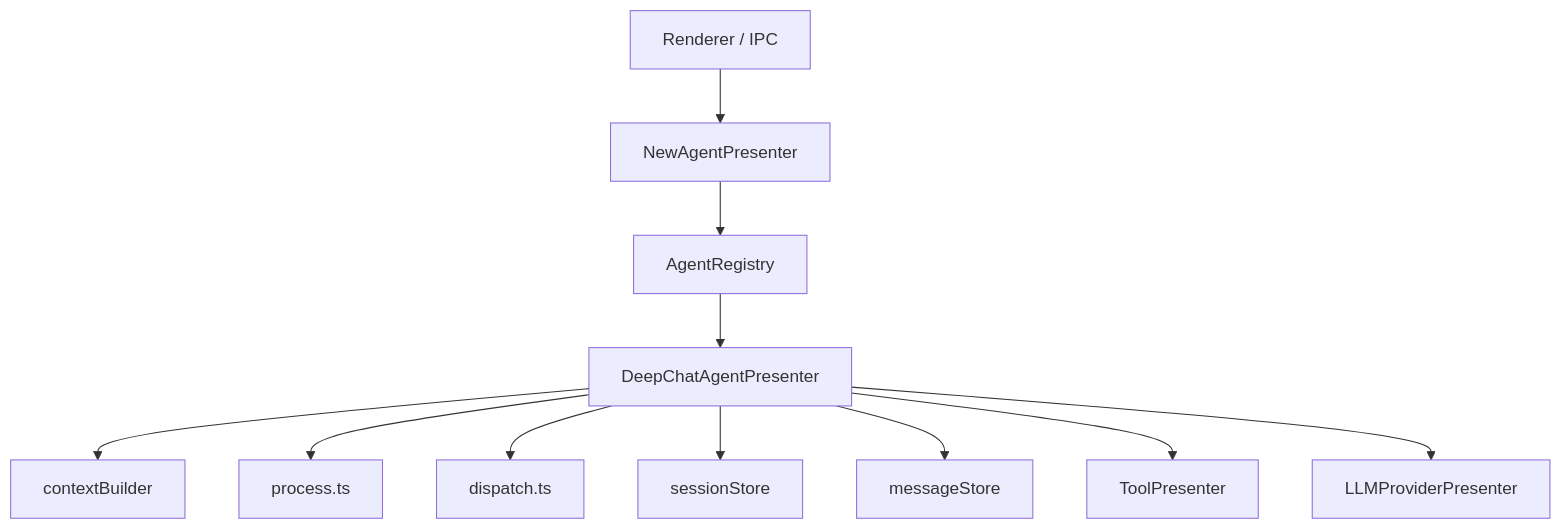
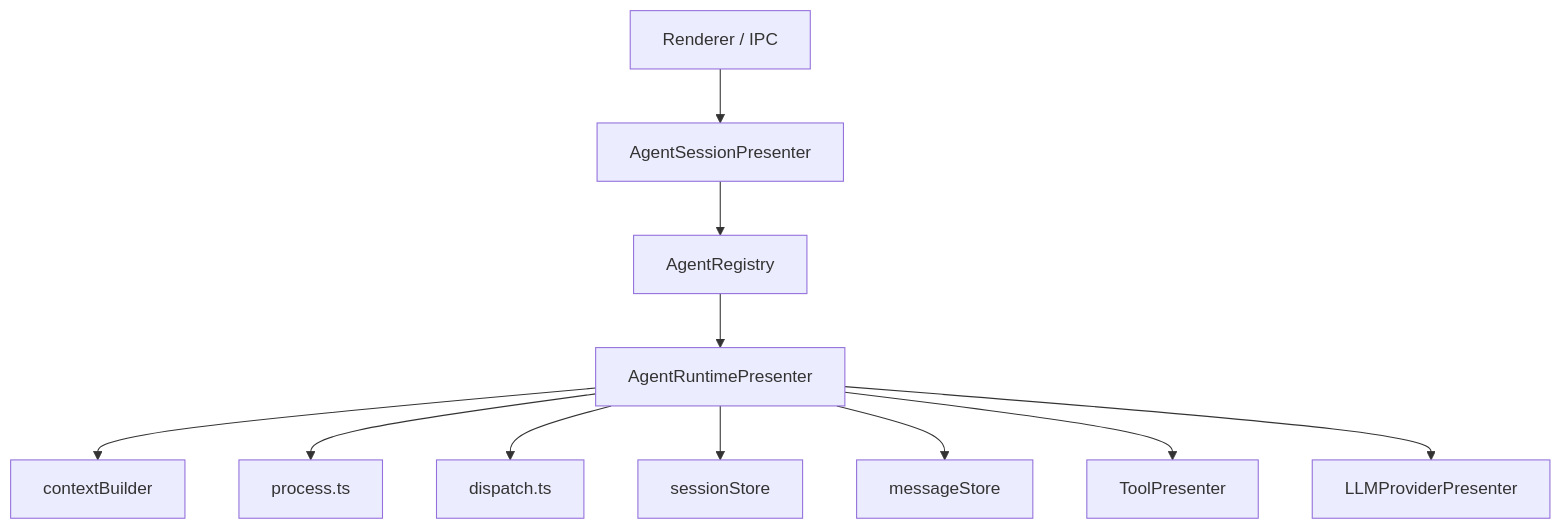
The diagram in docs/architecture/agent-system.md (ThinkInAIXYZ/deepchat), drawn with Mermaid before and after one commit. The commit also changed other lines of this file and 139 other files, not shown here.

Commit message:
refactor(presenter): rename agent presenters

````diff
--- a/docs/architecture/agent-system.md
+++ b/docs/architecture/agent-system.md
@@ -8,13 +8,13 @@
 ```mermaid
 flowchart TD
-    UI["Renderer / IPC"] --> NewAgent["NewAgentPresenter"]
+    UI["Renderer / IPC"] --> NewAgent["AgentSessionPresenter"]
     NewAgent --> Registry["AgentRegistry"]
-    Registry --> DeepChat["DeepChatAgentPresenter"]
+    Registry --> DeepChat["AgentRuntimePresenter"]
     DeepChat --> Context["contextBuilder"]
     DeepChat --> Process["process.ts"]
     DeepChat --> Dispatch["dispatch.ts"]
     DeepChat --> SessionStore["sessionStore"]
     DeepChat --> MessageStore["messageStore"]
     DeepChat --> ToolPresenter["ToolPresenter"]
     DeepChat --> Llm["LLMProviderPresenter"]
 ```
````
